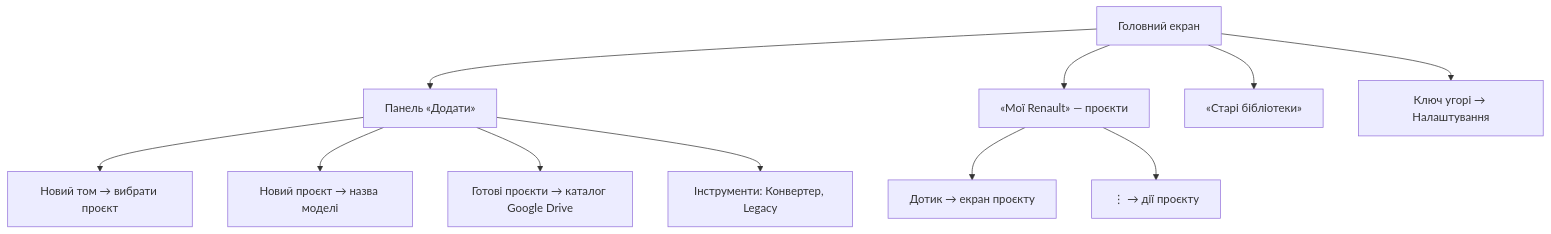
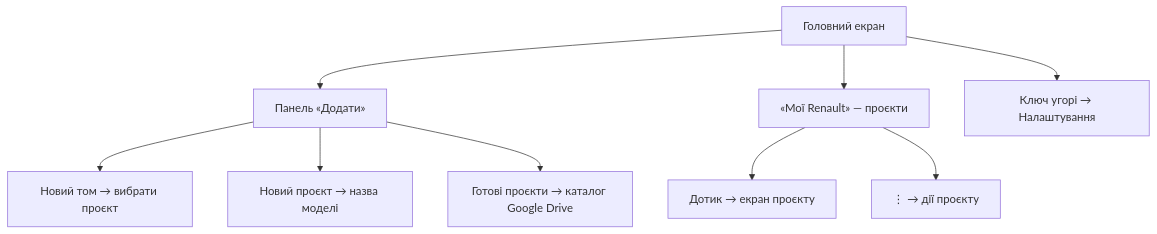
One commit to faric-ua/renault-docs-android changed the second of 6 diagrams in docs/ua/USER_GUIDE.md. Above: the diagram before and after it, drawn with Mermaid. The commit also changed other lines of this file and 10 other files, not shown here.

````diff
--- a/docs/ua/USER_GUIDE.md
+++ b/docs/ua/USER_GUIDE.md
@@ -45,13 +44,11 @@
 ```mermaid
 flowchart TD
     H["Головний екран"] --> ADD["Панель «Додати»"]
     H --> MY["«Мої Renault» — проєкти"]
-    H --> OLD["«Старі бібліотеки»"]
     H --> SET["Ключ угорі → Налаштування"]
     ADD --> NV["Новий том → вибрати проєкт"]
     ADD --> NP["Новий проєкт → назва моделі"]
     ADD --> DR["Готові проєкти → каталог Google Drive"]
-    ADD --> TL["Інструменти: Конвертер, Legacy"]
     MY --> OPEN["Дотик → екран проєкту"]
     MY --> MENU["⋮ → дії проєкту"]
 ```
````
